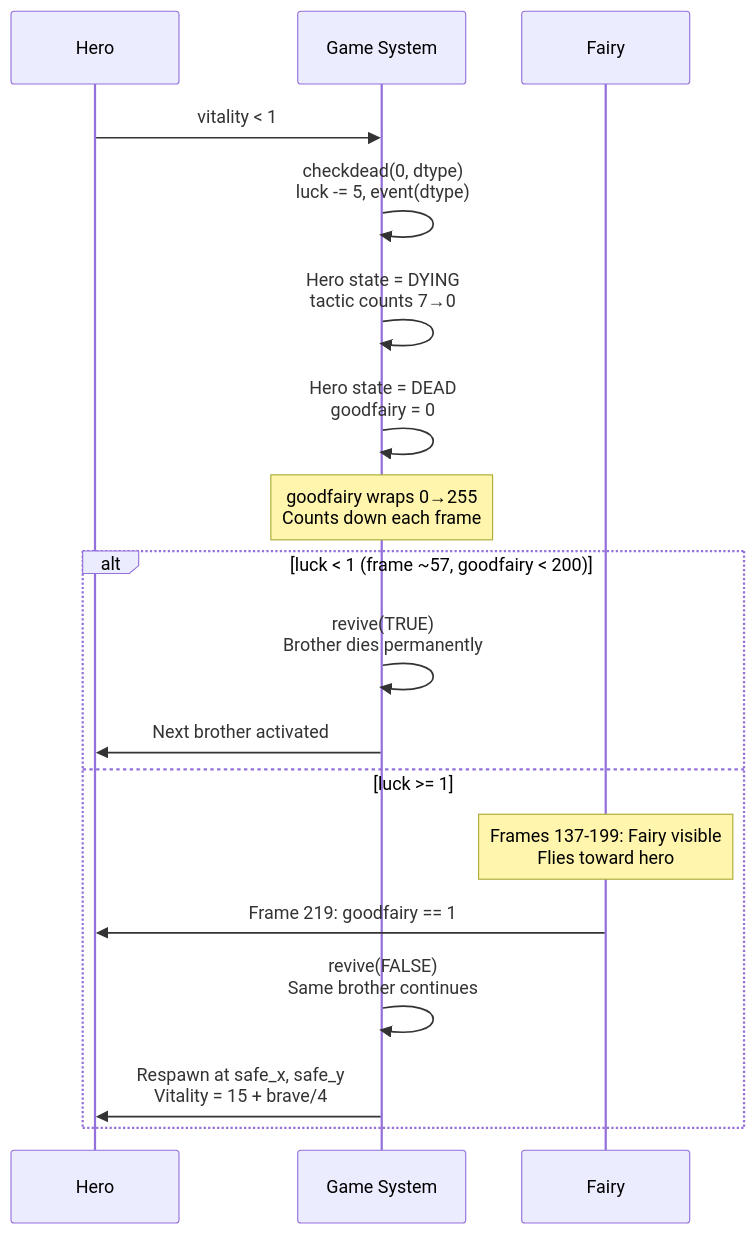
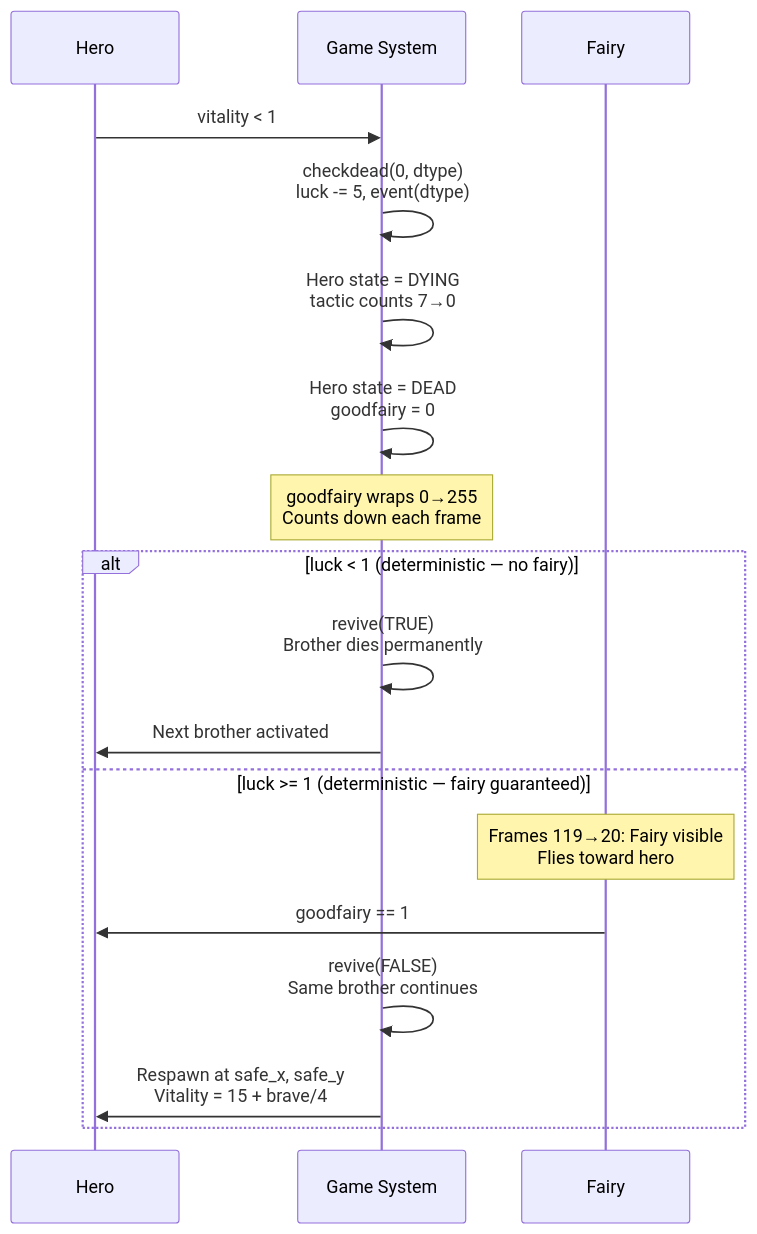
Diagram 20 of 24 in docs/STORYLINE.md (bacomatic/faery-tale-rs), drawn with Mermaid before and after one commit. The commit also changed other lines of this file and 1 other file, not shown here.

Commit message:
Fix fairy rescue docs: deterministic system, not chance-based
The fairy rescue system has no random element. If luck >= 1 after the
death penalty (luck -= 5), the fairy always appears. Fixed:
- 'Most likely fairy rescue' → 'Most fairy rescues' (Phillip)
- Corrected rescue counts: Julian 3, Phillip 6, Kevin 3
  (was ~4/~7/~4 — off by one due to luck<1 not luck<0)
- 'Luck check' → 'Luck gate' in timeline table
- Added explicit 'deterministic' language throughout
- Removed ≈ approximation — formula is exact: floor((luck-1)/5)

````diff
--- a/docs/STORYLINE.md
+++ b/docs/STORYLINE.md
@@ -729,23 +729,23 @@
 ```mermaid
 sequenceDiagram
     participant Hero
     participant System as Game System
     participant Fairy
 
     Hero->>System: vitality < 1
     System->>System: checkdead(0, dtype)<br>luck -= 5, event(dtype)
     System->>System: Hero state = DYING<br>tactic counts 7→0
     System->>System: Hero state = DEAD<br>goodfairy = 0
 
     Note over System: goodfairy wraps 0→255<br>Counts down each frame
 
-    alt luck < 1 (frame ~57, goodfairy < 200)
+    alt luck < 1 (deterministic — no fairy)
         System->>System: revive(TRUE)<br>Brother dies permanently
         System->>Hero: Next brother activated
-    else luck >= 1
-        Note over Fairy: Frames 137-199: Fairy visible<br>Flies toward hero
-        Fairy->>Hero: Frame 219: goodfairy == 1
+    else luck >= 1 (deterministic — fairy guaranteed)
+        Note over Fairy: Frames 119→20: Fairy visible<br>Flies toward hero
+        Fairy->>Hero: goodfairy == 1
         System->>System: revive(FALSE)<br>Same brother continues
         System->>Hero: Respawn at safe_x, safe_y<br>Vitality = 15 + brave/4
     end
 ```
````
